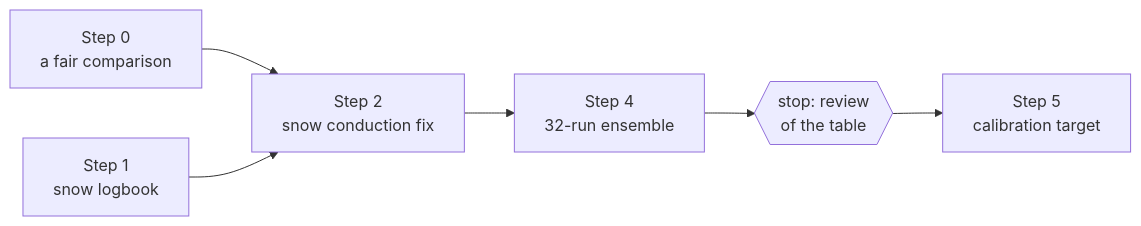
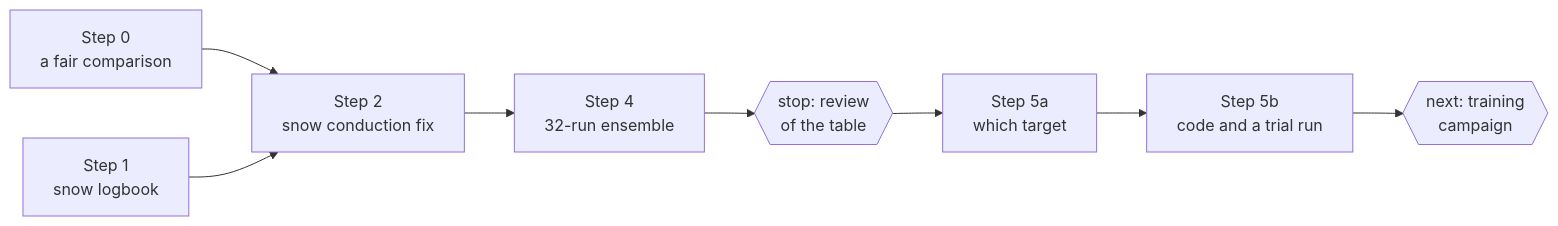
The diagram in development_history/07_snow_comparison_target.md (sdrocer/glogemflow_icetemp), drawn with Mermaid before and after one commit. The commit also changed other lines of this file and 5 other files, not shown here.

First line of the commit message:
Development history: chapter 7 Step 5 (target analysis, decisions, the T2 code and a trial run)

````diff
--- a/development_history/07_snow_comparison_target.md
+++ b/development_history/07_snow_comparison_target.md
@@ -55,8 +61,10 @@
 ```mermaid
 flowchart LR
     S0[Step 0<br/>a fair comparison] --> S2[Step 2<br/>snow conduction fix]
     S1[Step 1<br/>snow logbook] --> S2
     S2 --> S4[Step 4<br/>32-run ensemble]
     S4 --> STOP{{"stop: review<br/>of the table"}}
-    STOP --> S5[Step 5<br/>calibration target]
+    STOP --> S5a[Step 5a<br/>which target]
+    S5a --> S5b[Step 5b<br/>code and a trial run]
+    S5b --> C{{"next: training<br/>campaign"}}
 ```
````
